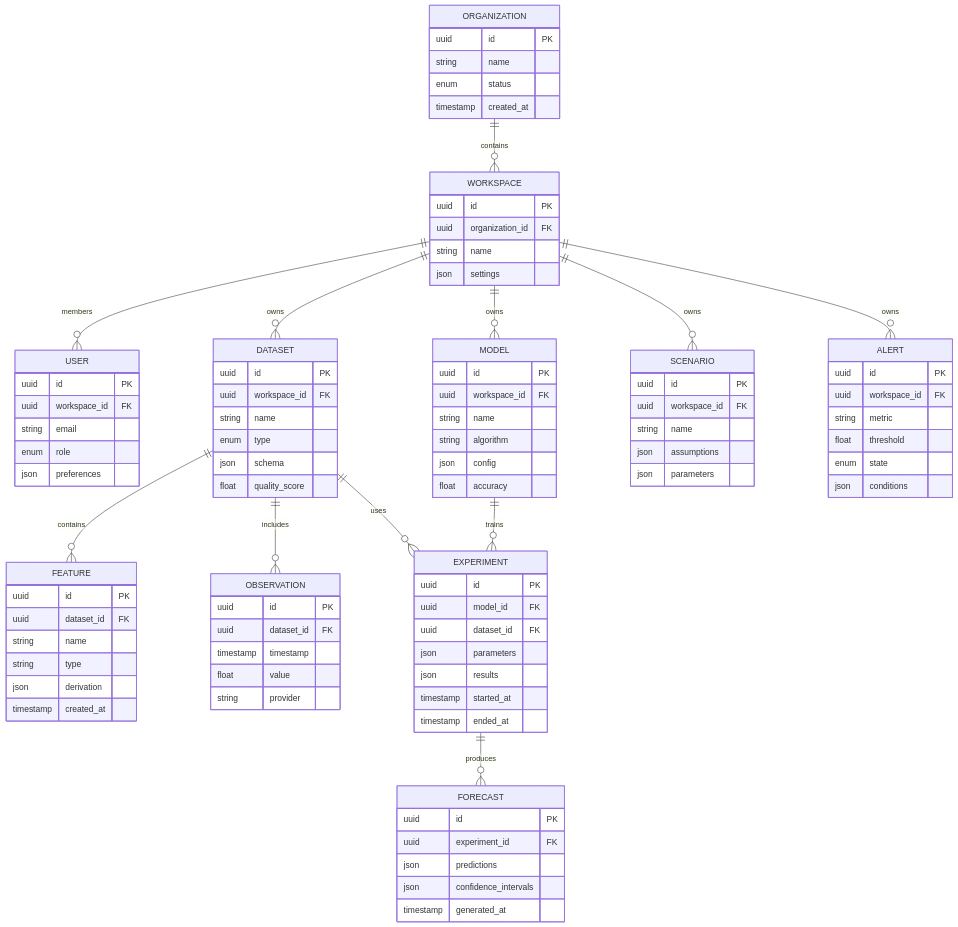
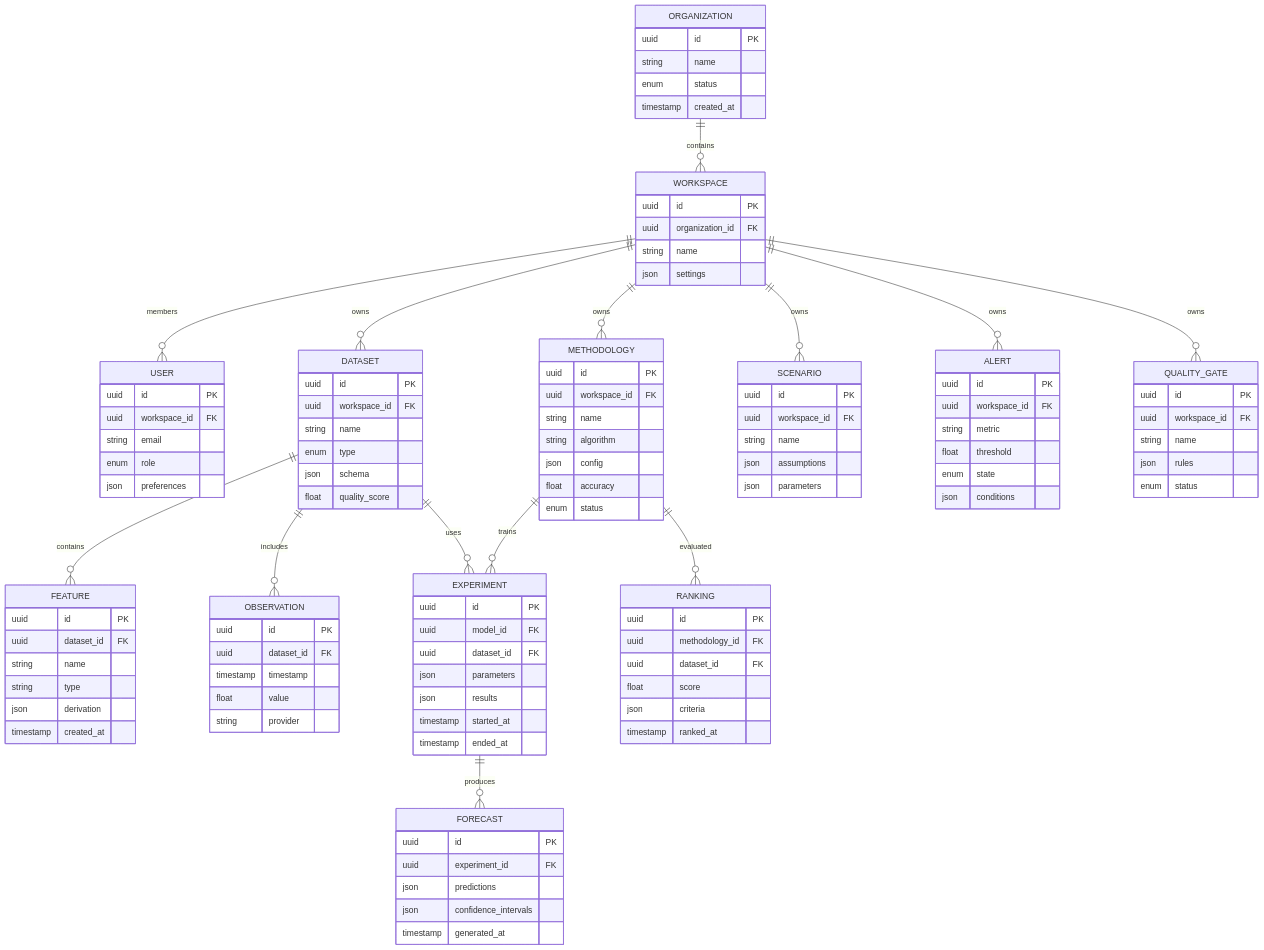
The fifth of 16 diagrams in .qoder/repowiki/en/content/System Architecture & Domain Model.md (od3n/forecastiq), drawn with Mermaid before and after one commit. The commit also changed other lines of this file and 3 other files, not shown here.

````diff
--- a/.qoder/repowiki/en/content/System Architecture & Domain Model.md
+++ b/.qoder/repowiki/en/content/System Architecture & Domain Model.md
@@ -266,13 +509,14 @@
 float value
 string provider
 }
-MODEL {
+METHODOLOGY {
 uuid id PK
 uuid workspace_id FK
 string name
 string algorithm
 json config
 float accuracy
+enum status
 }
 EXPERIMENT {
 uuid id PK
@@ -290,6 +534,14 @@
 json confidence_intervals
 timestamp generated_at
 }
+RANKING {
+uuid id PK
+uuid methodology_id FK
+uuid dataset_id FK
+float score
+json criteria
+timestamp ranked_at
+}
 SCENARIO {
 uuid id PK
 uuid workspace_id FK
@@ -305,15 +557,24 @@
 enum state
 json conditions
 }
+QUALITY_GATE {
+uuid id PK
+uuid workspace_id FK
+string name
+json rules
+enum status
+}
 ORGANIZATION ||--o{ WORKSPACE : contains
 WORKSPACE ||--o{ USER : members
 WORKSPACE ||--o{ DATASET : owns
-WORKSPACE ||--o{ MODEL : owns
+WORKSPACE ||--o{ METHODOLOGY : owns
 WORKSPACE ||--o{ SCENARIO : owns
 WORKSPACE ||--o{ ALERT : owns
+WORKSPACE ||--o{ QUALITY_GATE : owns
 DATASET ||--o{ FEATURE : contains
 DATASET ||--o{ OBSERVATION : includes
-MODEL ||--o{ EXPERIMENT : trains
+METHODOLOGY ||--o{ EXPERIMENT : trains
 DATASET ||--o{ EXPERIMENT : uses
 EXPERIMENT ||--o{ FORECAST : produces
+METHODOLOGY ||--o{ RANKING : evaluated
 ```
````
